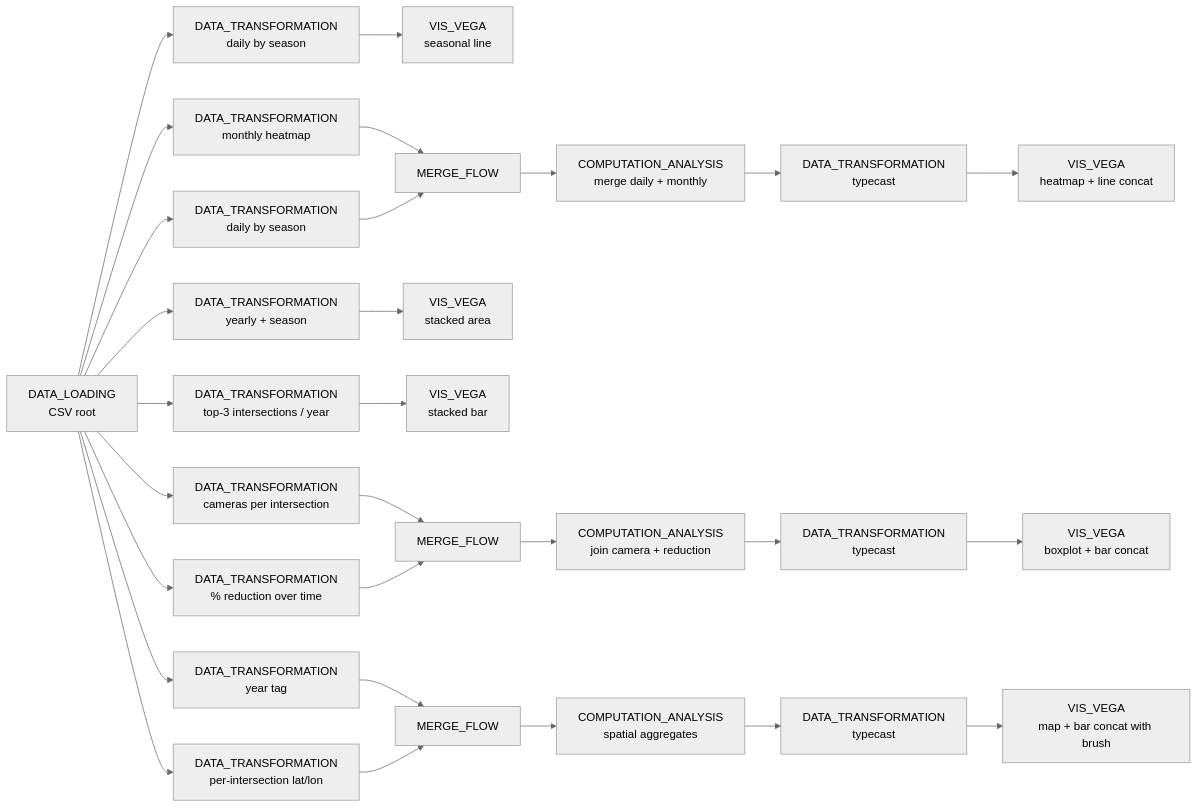
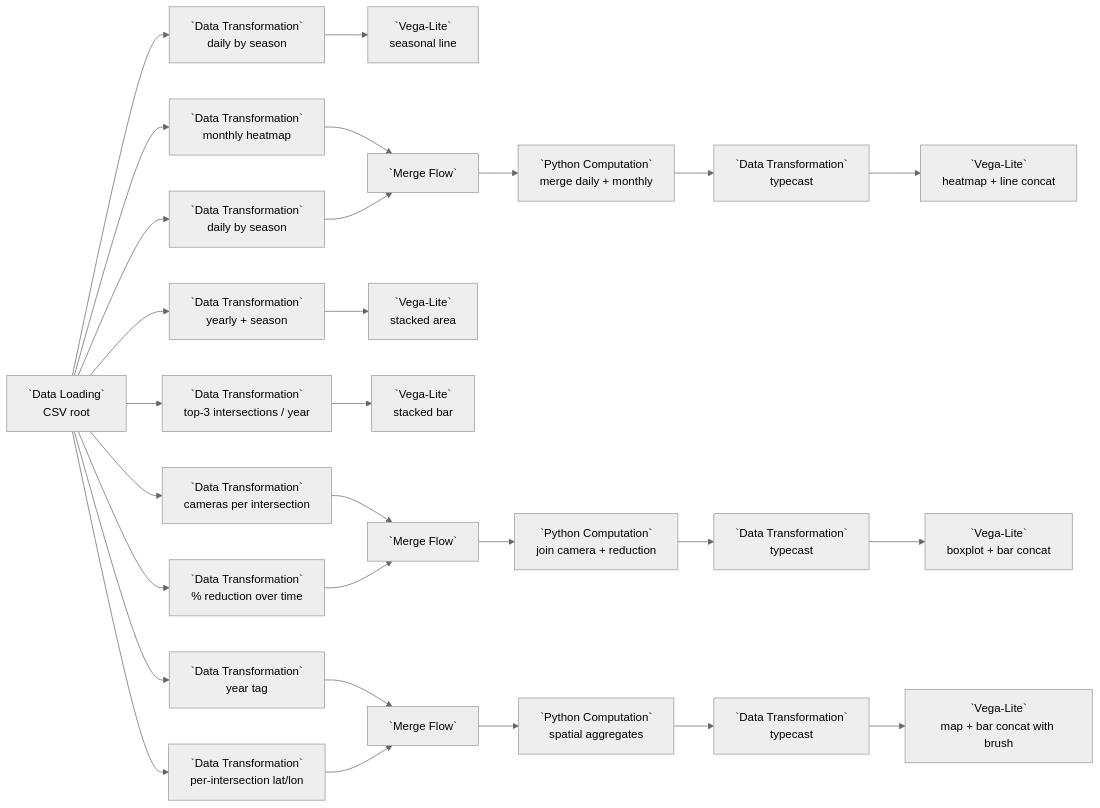
One commit to urban-toolkit/curio changed the diagram in docs/examples/04-vega-lite-multi-flow-dashboard.md. Above: the diagram before and after it, drawn with Mermaid (neutral theme). The commit also changed other lines of this file and 11 other files, not shown here.

````diff
--- a/docs/examples/04-vega-lite-multi-flow-dashboard.md
+++ b/docs/examples/04-vega-lite-multi-flow-dashboard.md
@@ -9,25 +9,25 @@
 ```mermaid
 flowchart LR
-  L[DATA_LOADING<br/>CSV root]
+  L[`Data Loading`<br/>CSV root]
 
-  L --> A[DATA_TRANSFORMATION<br/>daily by season] --> AV[VIS_VEGA<br/>seasonal line]
+  L --> A[`Data Transformation`<br/>daily by season] --> AV[`Vega-Lite`<br/>seasonal line]
 
-  L --> B1[DATA_TRANSFORMATION<br/>monthly heatmap]
-  L --> B2[DATA_TRANSFORMATION<br/>daily by season]
-  B1 --> BM[MERGE_FLOW]
-  B2 --> BM --> BC[COMPUTATION_ANALYSIS<br/>merge daily + monthly] --> BT[DATA_TRANSFORMATION<br/>typecast] --> BV[VIS_VEGA<br/>heatmap + line concat]
+  L --> B1[`Data Transformation`<br/>monthly heatmap]
+  L --> B2[`Data Transformation`<br/>daily by season]
+  B1 --> BM[`Merge Flow`]
+  B2 --> BM --> BC[`Python Computation`<br/>merge daily + monthly] --> BT[`Data Transformation`<br/>typecast] --> BV[`Vega-Lite`<br/>heatmap + line concat]
 
-  L --> C[DATA_TRANSFORMATION<br/>yearly + season] --> CV[VIS_VEGA<br/>stacked area]
+  L --> C[`Data Transformation`<br/>yearly + season] --> CV[`Vega-Lite`<br/>stacked area]
 
-  L --> D[DATA_TRANSFORMATION<br/>top-3 intersections / year] --> DV[VIS_VEGA<br/>stacked bar]
+  L --> D[`Data Transformation`<br/>top-3 intersections / year] --> DV[`Vega-Lite`<br/>stacked bar]
 
-  L --> E1[DATA_TRANSFORMATION<br/>cameras per intersection]
-  L --> E2[DATA_TRANSFORMATION<br/>% reduction over time]
-  E1 --> EM[MERGE_FLOW]
-  E2 --> EM --> EC[COMPUTATION_ANALYSIS<br/>join camera + reduction] --> ET[DATA_TRANSFORMATION<br/>typecast] --> EV[VIS_VEGA<br/>boxplot + bar concat]
+  L --> E1[`Data Transformation`<br/>cameras per intersection]
+  L --> E2[`Data Transformation`<br/>% reduction over time]
+  E1 --> EM[`Merge Flow`]
+  E2 --> EM --> EC[`Python Computation`<br/>join camera + reduction] --> ET[`Data Transformation`<br/>typecast] --> EV[`Vega-Lite`<br/>boxplot + bar concat]
 
-  L --> F1[DATA_TRANSFORMATION<br/>year tag]
-  L --> F2[DATA_TRANSFORMATION<br/>per-intersection lat/lon]
-  F1 --> FM[MERGE_FLOW]
-  F2 --> FM --> FC[COMPUTATION_ANALYSIS<br/>spatial aggregates] --> FT[DATA_TRANSFORMATION<br/>typecast] --> FV[VIS_VEGA<br/>map + bar concat with brush]
+  L --> F1[`Data Transformation`<br/>year tag]
+  L --> F2[`Data Transformation`<br/>per-intersection lat/lon]
+  F1 --> FM[`Merge Flow`]
+  F2 --> FM --> FC[`Python Computation`<br/>spatial aggregates] --> FT[`Data Transformation`<br/>typecast] --> FV[`Vega-Lite`<br/>map + bar concat with brush]
 ```
````
